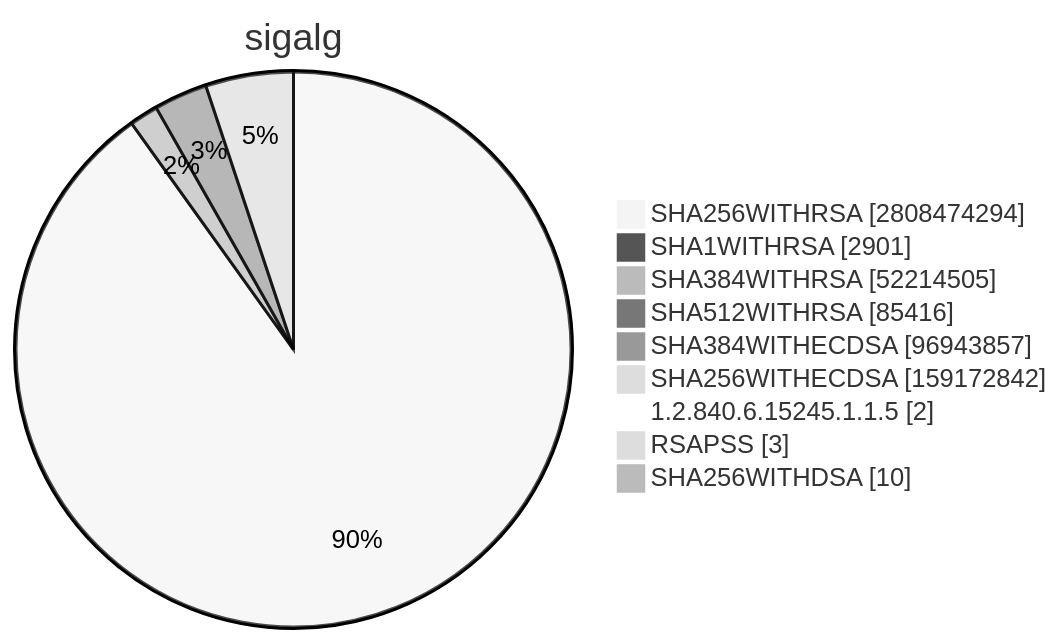
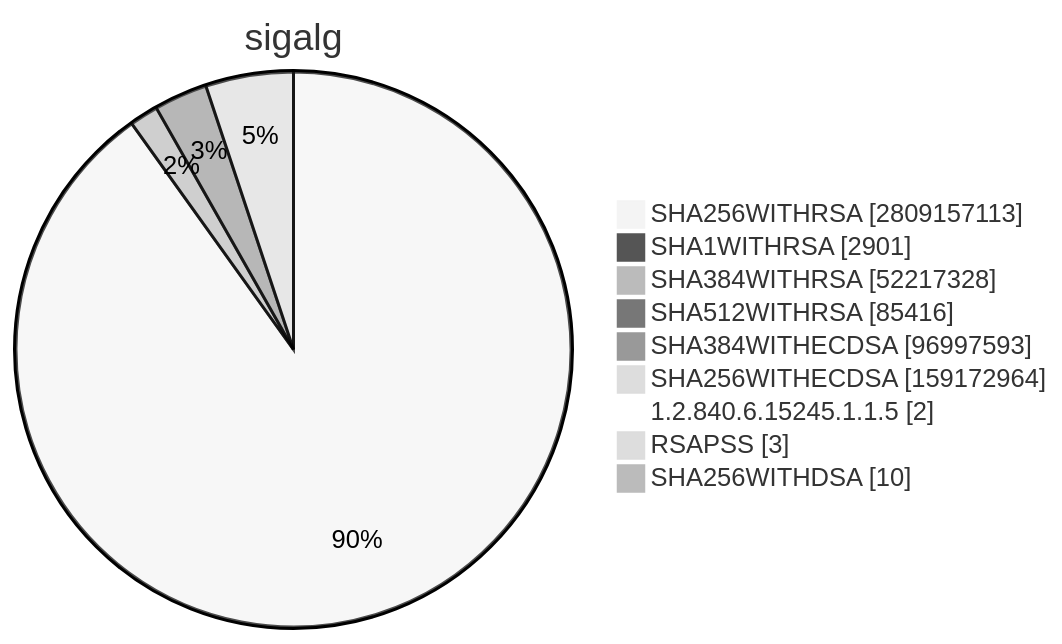
One commit to christiankrug/ctmonitor_visualization changed diagram 15 of 15 in TOTAL/README.md. Above: the diagram before and after it, drawn with Mermaid (neutral theme). The commit also changed other lines of this file, not shown here.

````diff
--- a/TOTAL/README.md
+++ b/TOTAL/README.md
@@ -6205,13 +6205,13 @@
 ```mermaid
 pie showData
 title sigalg
-"SHA256WITHRSA" :2808474294
+"SHA256WITHRSA" :2809157113
 "SHA1WITHRSA" :2901
-"SHA384WITHRSA" :52214505
+"SHA384WITHRSA" :52217328
 "SHA512WITHRSA" :85416
-"SHA384WITHECDSA" :96943857
-"SHA256WITHECDSA" :159172842
+"SHA384WITHECDSA" :96997593
+"SHA256WITHECDSA" :159172964
 "1.2.840.6.15245.1.1.5" :2
 "RSAPSS" :3
 "SHA256WITHDSA" :10
 ```
````
